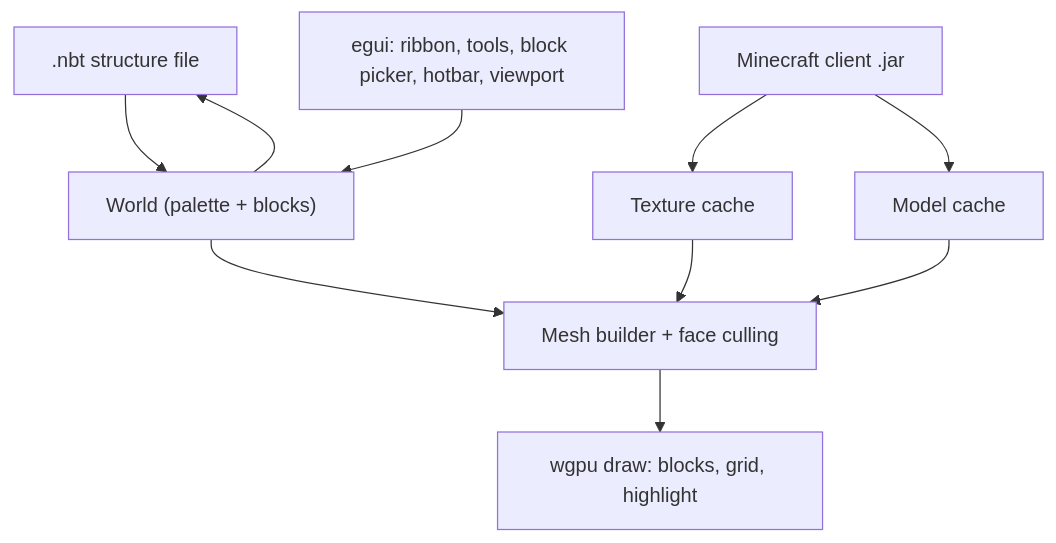
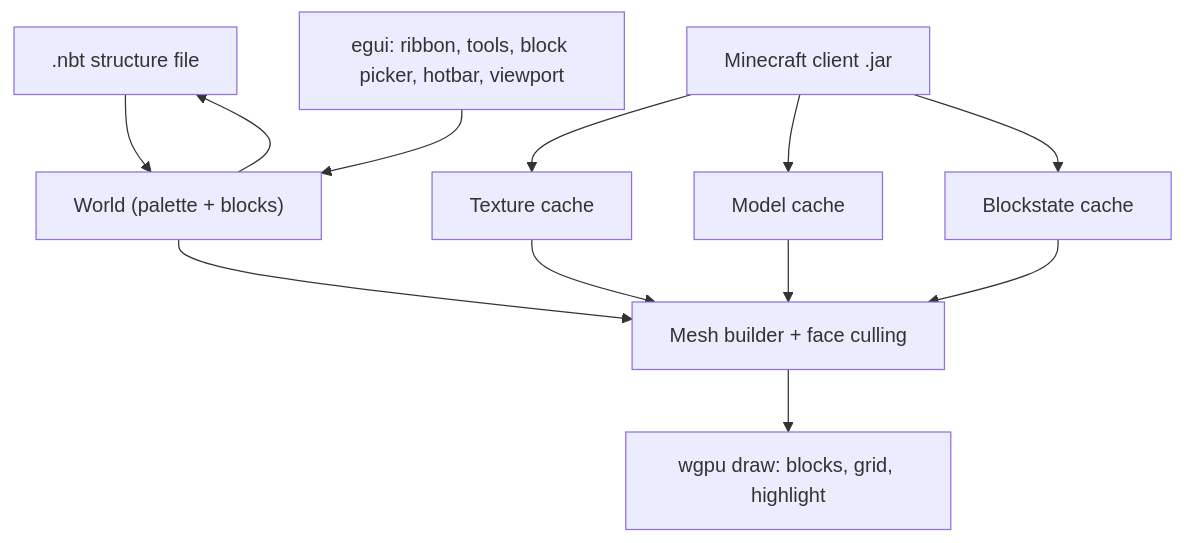
One commit to Mazchoo/Minecraft-NBT-editor changed the diagram in ProjectPlan.md. Above: the diagram before and after it, drawn with Mermaid. The commit also changed other lines of this file and 14 other files, not shown here.

````diff
--- a/ProjectPlan.md
+++ b/ProjectPlan.md
@@ -10,12 +10,14 @@
 ```mermaid
 graph TD
     NBT[".nbt structure file"] --> World["World (palette + blocks)"]
     Jar["Minecraft client .jar"] --> Tex["Texture cache"]
     Jar --> Mod["Model cache"]
+    Jar --> Def["Blockstate cache"]
+    Def --> Mesh
     World --> Mesh["Mesh builder + face culling"]
     Mod --> Mesh
     Tex --> Mesh
     Mesh --> Draw["wgpu draw: blocks, grid, highlight"]
     UI["egui: ribbon, tools, block picker, hotbar, viewport"] --> World
     World --> NBT
 ```
````
